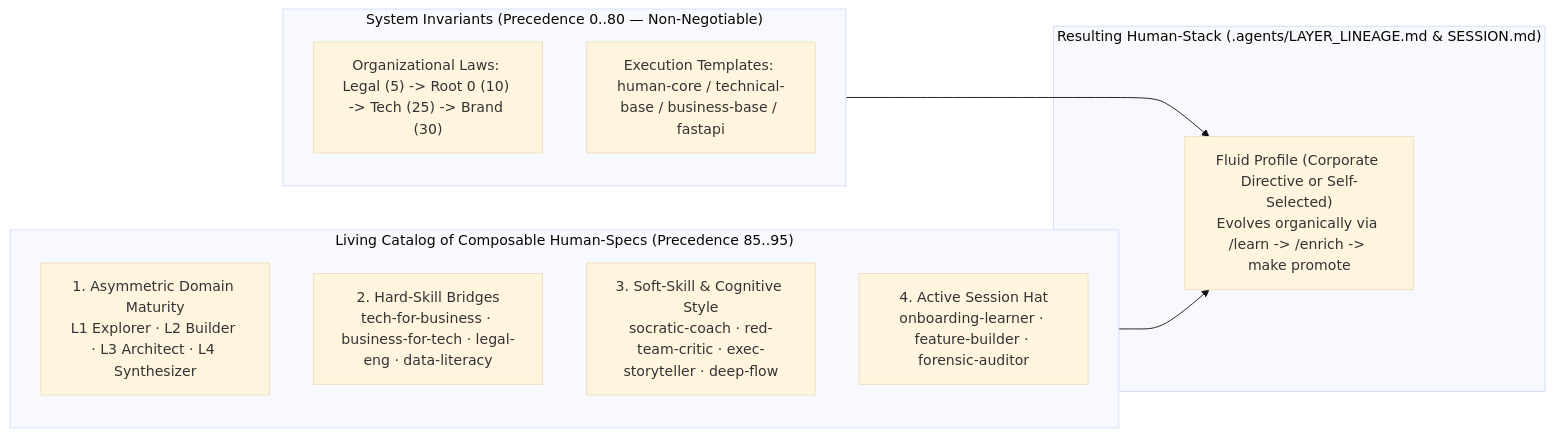
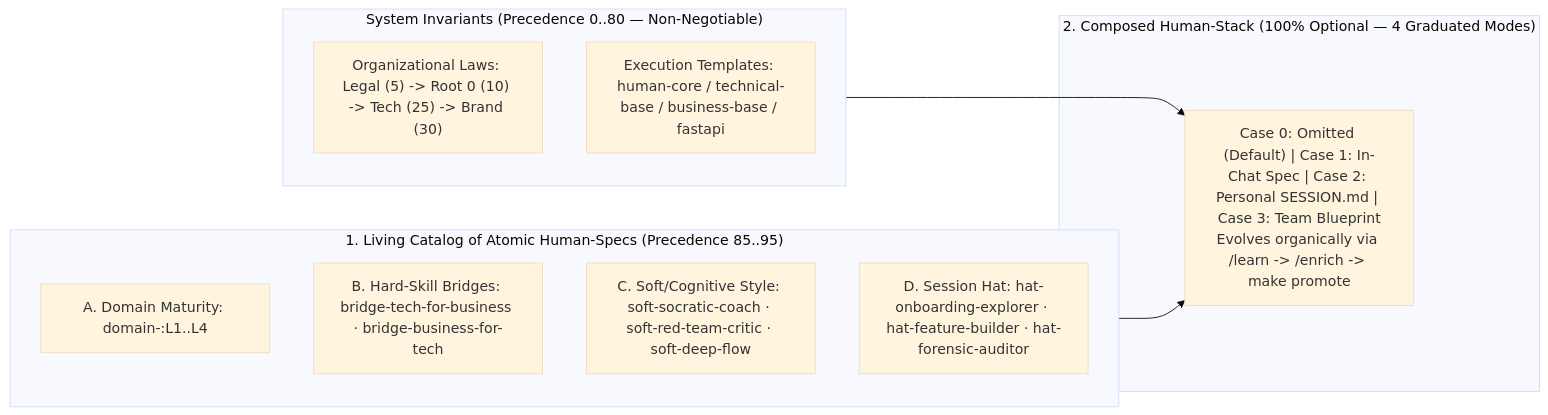
Before and after one commit to mtwuser/dotfiles-ubuntu: the third of 3 diagrams in docs/reference/enterprise_pair_programming_governance.md, drawn with Mermaid (base theme). The commit also changed other lines of this file and 5 other files, not shown here.

Commit message:
docs(governance): clarify 1:N Human-Spec vs Human-Stack distinction and 4 optional application modes

````diff
--- a/docs/reference/enterprise_pair_programming_governance.md
+++ b/docs/reference/enterprise_pair_programming_governance.md
@@ -250,21 +256,21 @@
 ```mermaid
 flowchart LR
     subgraph Laws["System Invariants (Precedence 0..80 — Non-Negotiable)"]
         O1["Organizational Laws: Legal (5) -> Root 0 (10) -> Tech (25) -> Brand (30)"]
         O2["Execution Templates: human-core / technical-base / business-base / fastapi"]
     end
 
-    subgraph Specs["Living Catalog of Composable Human-Specs (Precedence 85..95)"]
-        S1["1. Asymmetric Domain Maturity\nL1 Explorer · L2 Builder · L3 Architect · L4 Synthesizer"]
-        S2["2. Hard-Skill Bridges\ntech-for-business · business-for-tech · legal-eng · data-literacy"]
-        S3["3. Soft-Skill & Cognitive Style\nsocratic-coach · red-team-critic · exec-storyteller · deep-flow"]
-        S4["4. Active Session Hat\nonboarding-learner · feature-builder · forensic-auditor"]
+    subgraph Specs["1. Living Catalog of Atomic Human-Specs (Precedence 85..95)"]
+        S1["A. Domain Maturity: domain-<area>:L1..L4"]
+        S2["B. Hard-Skill Bridges: bridge-tech-for-business · bridge-business-for-tech"]
+        S3["C. Soft/Cognitive Style: soft-socratic-coach · soft-red-team-critic · soft-deep-flow"]
+        S4["D. Session Hat: hat-onboarding-explorer · hat-feature-builder · hat-forensic-auditor"]
     end
 
-    subgraph Stack["Resulting Human-Stack (.agents/LAYER_LINEAGE.md & SESSION.md)"]
-        HS["Fluid Profile (Corporate Directive or Self-Selected)\nEvolves organically via /learn -> /enrich -> make promote"]
+    subgraph Stack["2. Composed Human-Stack (100% Optional — 4 Graduated Modes)"]
+        HS["Case 0: Omitted (Default) | Case 1: In-Chat Spec | Case 2: Personal SESSION.md | Case 3: Team Blueprint\nEvolves organically via /learn -> /enrich -> make promote"]
     end
 
     Laws --> HS
     Specs --> HS
 ```
````
